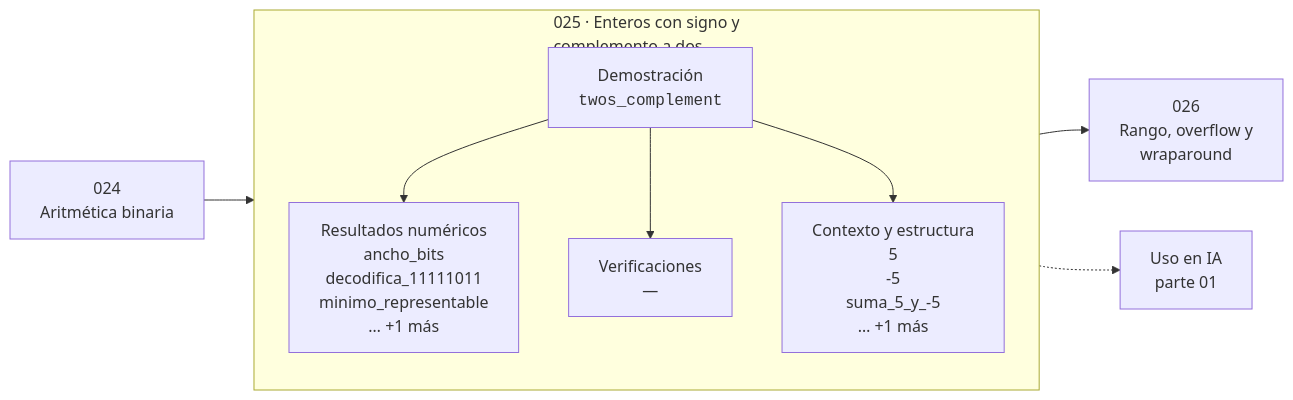
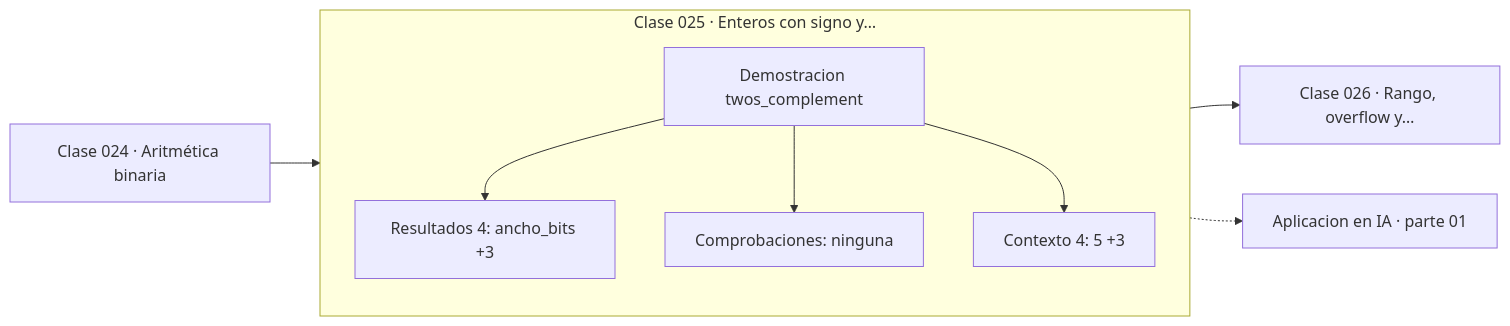
The diagram in classes/part-01-aritmetica-computacional-y-representacion-numerica/025-enteros-con-signo-y-complemento-a-dos/README.md (vladimiracunadev-create/computational-mathematics-program), drawn with Mermaid before and after one commit. The commit also changed 389 other files, not shown here.

First line of the commit message:
fix(diagramas): elimina el HTML de las etiquetas Mermaid

````diff
--- a/classes/part-01-aritmetica-computacional-y-representacion-numerica/025-enteros-con-signo-y-complemento-a-dos/README.md
+++ b/classes/part-01-aritmetica-computacional-y-representacion-numerica/025-enteros-con-signo-y-complemento-a-dos/README.md
@@ -35,12 +35,13 @@
 ```mermaid
 flowchart LR
-    P["024<br/>Aritmética binaria"] --> C
-    subgraph C["025 · Enteros con signo y<br/>complemento a dos"]
+    P["Clase 024 · Aritmética binaria"] --> D
+    subgraph CLASE["Clase 025 · Enteros con signo y…"]
         direction TB
-        D["Demostración<br/><code>twos_complement</code>"] --> R["Resultados numéricos<br/>ancho_bits<br/>decodifica_11111011<br/>minimo_representable<br/>… +1 más"]
-        D --> V["Verificaciones<br/>—"]
-        D --> O["Contexto y estructura<br/>5<br/>-5<br/>suma_5_y_-5<br/>… +1 más"]
+        D["Demostracion twos_complement"]
+        D --> R["Resultados 4: ancho_bits +3"]
+        D --> V["Comprobaciones: ninguna"]
+        D --> O["Contexto 4: 5 +3"]
     end
-    C --> N["026<br/>Rango, overflow y<br/>wraparound"]
-    C -.-> IA["Uso en IA<br/>parte 01"]
+    R --> N["Clase 026 · Rango, overflow y…"]
+    V -.-> IA["Aplicacion en IA · parte 01"]
 ```
````
